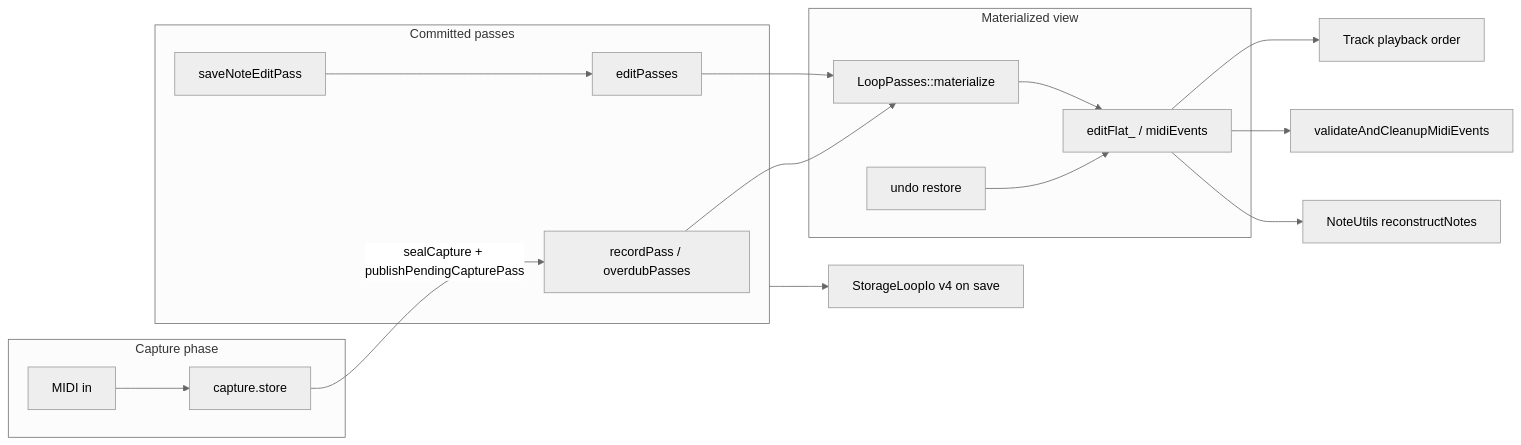
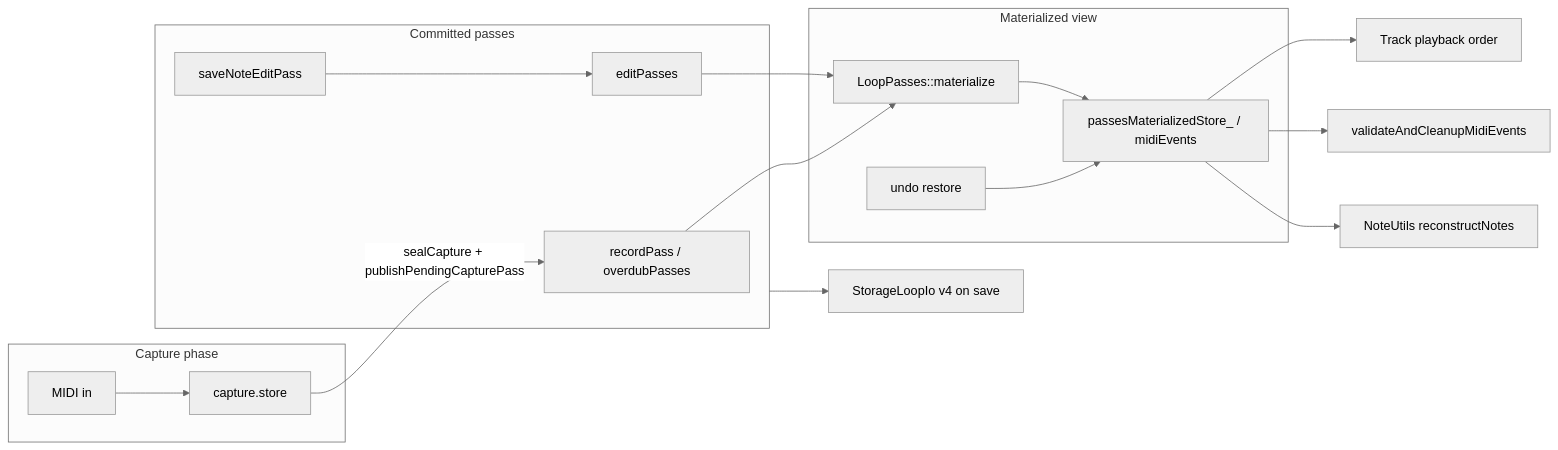
The diagram in docs/Guides/LOOP_MIDI_STORAGE_AND_VALIDATION.md (Lytrix/MidiLooper), drawn with Mermaid (neutral theme) before and after one commit. The commit also changed other lines of this file and 47 other files, not shown here.

````diff
--- a/docs/Guides/LOOP_MIDI_STORAGE_AND_VALIDATION.md
+++ b/docs/Guides/LOOP_MIDI_STORAGE_AND_VALIDATION.md
@@ -19,20 +19,20 @@
 ```mermaid
 flowchart LR
   subgraph capture [Capture phase]
     IN[MIDI in] --> captureStore[capture.store]
   end
   subgraph passes [Committed passes]
     captureStore -->|sealCapture + publishPendingCapturePass| recordPass[recordPass / overdubPasses]
     saveEdit[saveNoteEditPass] --> editPasses[editPasses]
   end
   subgraph materialized [Materialized view]
     recordPass --> materialize[LoopPasses::materialize]
     editPasses --> materialize
-    materialize --> editFlat[editFlat_ / midiEvents]
-    undoRestore[undo restore] --> editFlat
+    materialize --> materializedStore[passesMaterializedStore_ / midiEvents]
+    undoRestore[undo restore] --> materializedStore
   end
-  editFlat --> playback[Track playback order]
-  editFlat --> validate[validateAndCleanupMidiEvents]
-  editFlat --> display[NoteUtils reconstructNotes]
+  materializedStore --> playback[Track playback order]
+  materializedStore --> validate[validateAndCleanupMidiEvents]
+  materializedStore --> display[NoteUtils reconstructNotes]
   passes --> sdSave[StorageLoopIo v4 on save]
 ```
````
